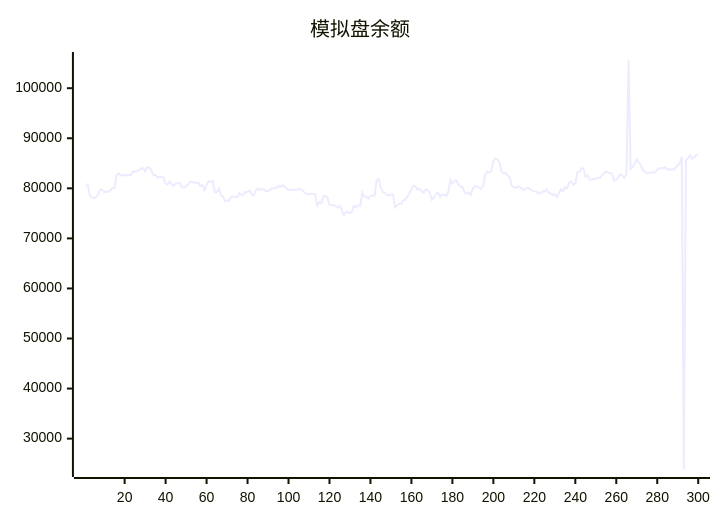
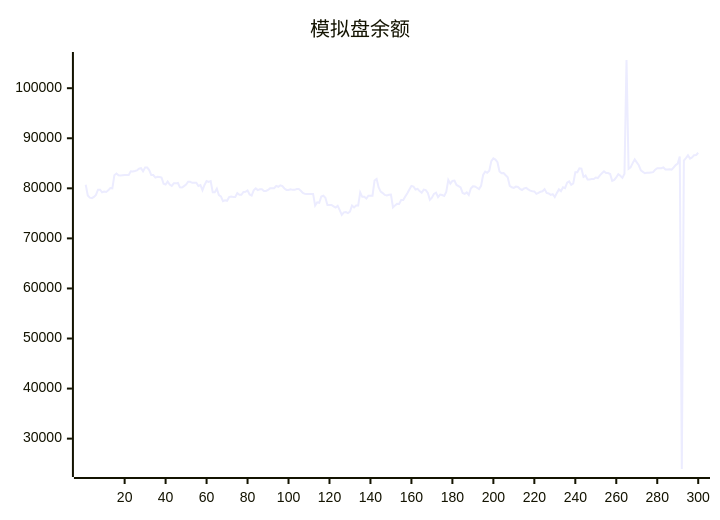
The diagram in README.md (aahl/ai-trading), drawn with Mermaid before and after one commit. The commit also changed other lines of this file and 1 other file, not shown here.

````diff
--- a/README.md
+++ b/README.md
@@ -5,5 +5,5 @@
 ```mermaid
 xychart
     title "模拟盘余额"
-    line [80837,80712,78561,78139,78037,78293,78682,79720,79720,79214,79372,79279,79591,80046,79993,82625,82950,82626,82571,82633,82670,82670,82681,83386,83378,83464,83579,83920,84037,83402,84160,84142,83652,82655,82655,82145,82315,82243,82163,80934,80770,81371,80742,80468,80989,80989,81067,80191,80155,80450,80737,81309,81309,81106,81119,81119,80471,80631,79624,80670,81448,81290,81429,79212,79222,79940,78643,78380,77432,77623,77504,78235,78358,78284,78277,79048,78714,78714,79290,79308,79567,78763,78563,79603,79988,79652,79813,79813,79476,79469,79673,79995,80015,80015,80486,80314,80600,80436,79966,79689,79689,79819,79692,79692,79850,79850,79518,79071,78889,78850,78850,78878,78878,76554,77202,77103,78357,78510,78106,76678,76677,76672,76411,76159,76485,75656,74695,75197,75246,75052,75334,76564,76179,76553,76551,79196,78300,78300,77944,78531,78531,78521,81564,81884,80160,79335,79055,78675,78580,78708,78764,76179,76586,76902,76876,77658,77669,78346,79023,79769,80497,80366,79761,79896,79448,79126,79749,79658,79097,77695,78114,78888,79126,78249,78738,78653,78478,79271,81680,80923,81488,81527,80681,80455,80190,79084,78879,79193,78686,79954,80403,80374,80118,79848,80491,82665,83351,83098,83525,85430,85983,85737,85221,83378,83014,83043,82613,82216,80477,80208,80081,80348,80277,79894,79670,79965,80093,79786,79542,79406,79371,78893,79087,79304,79406,79841,79072,78978,78696,78846,78272,79085,79787,79442,80198,80031,81120,81379,80718,80985,83214,83212,83993,83921,82270,82547,81776,81776,81866,81866,82158,82061,82596,83000,83408,83041,83050,82858,81503,81691,82188,82812,82517,82092,82901,105633,83898,84180,85030,85781,85178,84604,83569,83298,83008,83093,83107,83175,83228,83729,84025,84017,84019,84177,83775,83762,83785,83738,84160,84639,84939,86370,23934,85548,86046,86599,85942,86161,86622,86664]
+    line [80712,78561,78139,78037,78293,78682,79720,79720,79214,79372,79279,79591,80046,79993,82625,82950,82626,82571,82633,82670,82670,82681,83386,83378,83464,83579,83920,84037,83402,84160,84142,83652,82655,82655,82145,82315,82243,82163,80934,80770,81371,80742,80468,80989,80989,81067,80191,80155,80450,80737,81309,81309,81106,81119,81119,80471,80631,79624,80670,81448,81290,81429,79212,79222,79940,78643,78380,77432,77623,77504,78235,78358,78284,78277,79048,78714,78714,79290,79308,79567,78763,78563,79603,79988,79652,79813,79813,79476,79469,79673,79995,80015,80015,80486,80314,80600,80436,79966,79689,79689,79819,79692,79692,79850,79850,79518,79071,78889,78850,78850,78878,78878,76554,77202,77103,78357,78510,78106,76678,76677,76672,76411,76159,76485,75656,74695,75197,75246,75052,75334,76564,76179,76553,76551,79196,78300,78300,77944,78531,78531,78521,81564,81884,80160,79335,79055,78675,78580,78708,78764,76179,76586,76902,76876,77658,77669,78346,79023,79769,80497,80366,79761,79896,79448,79126,79749,79658,79097,77695,78114,78888,79126,78249,78738,78653,78478,79271,81680,80923,81488,81527,80681,80455,80190,79084,78879,79193,78686,79954,80403,80374,80118,79848,80491,82665,83351,83098,83525,85430,85983,85737,85221,83378,83014,83043,82613,82216,80477,80208,80081,80348,80277,79894,79670,79965,80093,79786,79542,79406,79371,78893,79087,79304,79406,79841,79072,78978,78696,78846,78272,79085,79787,79442,80198,80031,81120,81379,80718,80985,83214,83212,83993,83921,82270,82547,81776,81776,81866,81866,82158,82061,82596,83000,83408,83041,83050,82858,81503,81691,82188,82812,82517,82092,82901,105633,83898,84180,85030,85781,85178,84604,83569,83298,83008,83093,83107,83175,83228,83729,84025,84017,84019,84177,83775,83762,83785,83738,84160,84639,84939,86370,23934,85548,86046,86599,85942,86161,86622,86664,87115]
 ```
````
